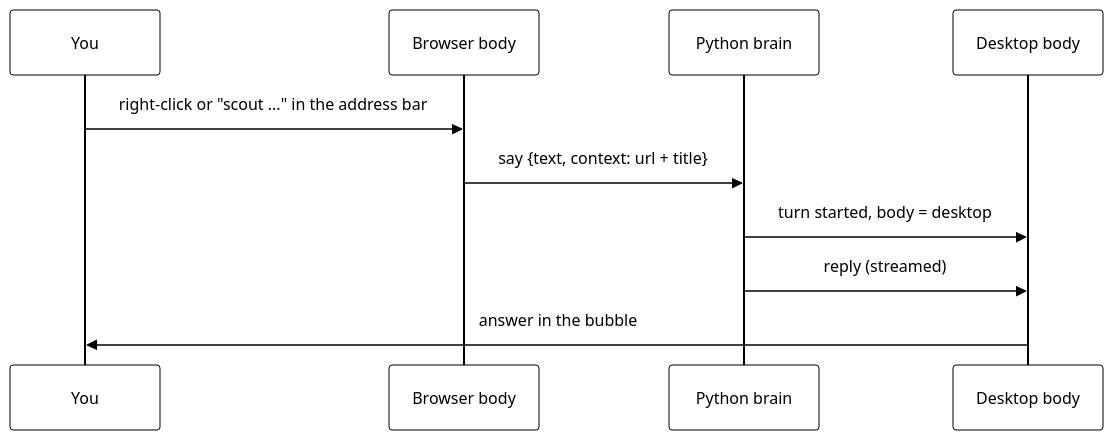
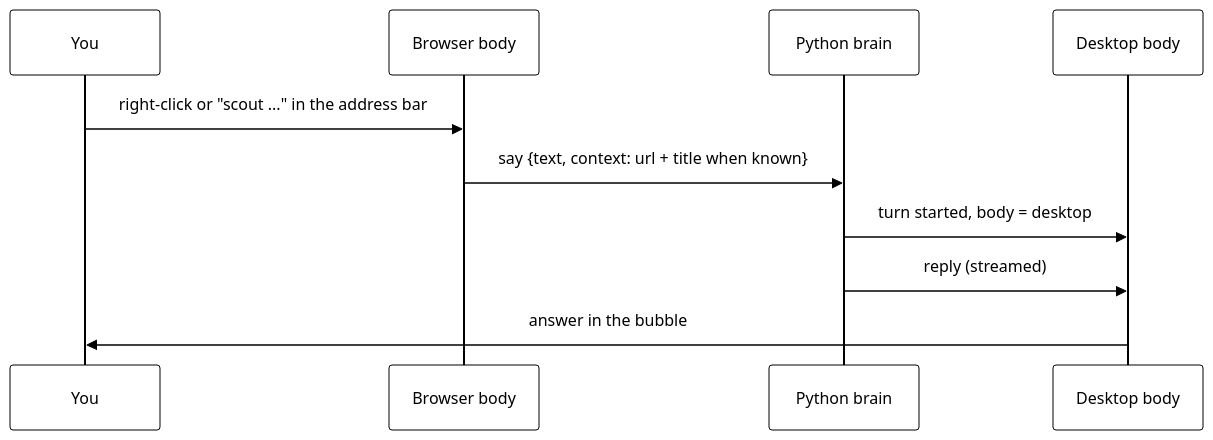
The second of 2 diagrams in docs/browser-body.md (nadeem4/tagalong), drawn with Mermaid before and after one commit. The commit also changed other lines of this file and 12 other files, not shown here.

````diff
--- a/docs/browser-body.md
+++ b/docs/browser-body.md
@@ -369,13 +384,13 @@
 ```mermaid
 %%{init: {'theme':'base','themeVariables':{'primaryColor':'#ffffff','primaryTextColor':'#000000','primaryBorderColor':'#000000','lineColor':'#000000'}}}%%
 sequenceDiagram
   participant P as You
   participant W as Browser body
   participant B as Python brain
   participant D as Desktop body
   P->>W: right-click or "scout ..." in the address bar
-  W->>B: say {text, context: url + title}
+  W->>B: say {text, context: url + title when known}
   B->>D: turn started, body = desktop
   B->>D: reply (streamed)
   D->>P: answer in the bubble
 ```
````
